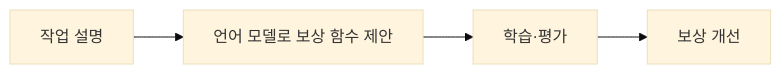
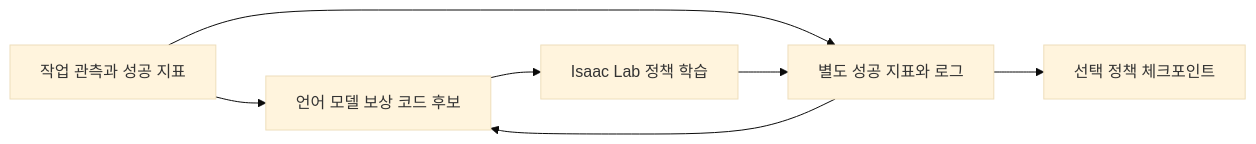
One commit to james-joobs/awesome-nvidia-physical-ai changed the diagram in docs/ko/isaac-lab-eureka.md. Above: the diagram before and after it, drawn with Mermaid (base theme). The commit also changed other lines of this file and 187 other files, not shown here.

Commit message:
Expand bilingual guides with official architecture references

````diff
--- a/docs/ko/isaac-lab-eureka.md
+++ b/docs/ko/isaac-lab-eureka.md
@@ -11,7 +17,14 @@
 ```mermaid
 flowchart LR
-    n0["작업 설명"] --> n1
-    n1["언어 모델로 보상 함수 제안"] --> n2
-    n2["학습·평가"] --> n3
-    n3["보상 개선"]
+    task["작업 관측과 성공 지표"]
+    llm["언어 모델 보상 코드 후보"]
+    rl["Isaac Lab 정책 학습"]
+    rank["별도 성공 지표와 로그"]
+    ckpt["선택 정책 체크포인트"]
+    task --> llm
+    task --> rank
+    llm --> rl
+    rl --> rank
+    rank --> llm
+    rank --> ckpt
 ```
````
